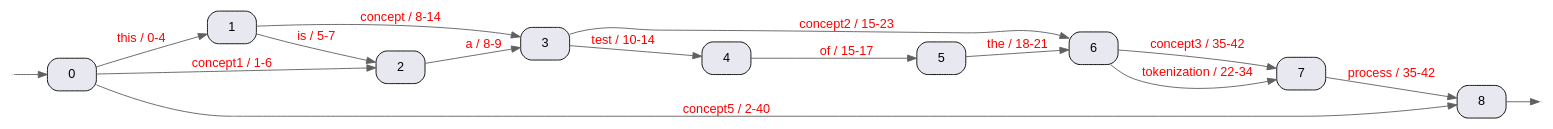
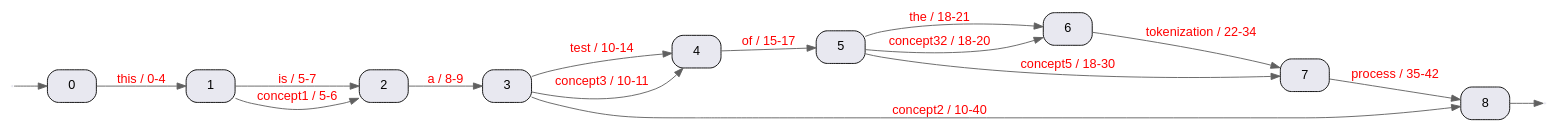
Before and after one commit to structs-nl/AnnotateFilter: the diagram in graph.dot, drawn with Graphviz. The commit also changed 5 other files, not shown here.

```diff
--- a/graph.dot
+++ b/graph.dot
@@ -1,33 +1,33 @@
 digraph tokens {
   graph [ fontsize=30 labelloc="t" label="" splines=true overlap=false rankdir = "LR" ];
   // A2 paper size
   size = "34.4,16.5";
   edge [ fontname="Helvetica" fontcolor="red" color="#606060" ]
   node [ style="filled" fillcolor="#e8e8f0" shape="Mrecord" fontname="Helvetica" ]
 
   0 [label="0"]
   -1 [shape=point color=white]
   -1 -> 0 []
   0 -> 1 [ label="this / 0-4"]
-  0 -> 2 [ label="concept1 / 1-6"]
-  0 -> 8 [ label="concept5 / 2-40"]
   1 [label="1"]
   1 -> 2 [ label="is / 5-7"]
-  1 -> 3 [ label="concept / 8-14"]
+  1 -> 2 [ label="concept1 / 5-6"]
   2 [label="2"]
   2 -> 3 [ label="a / 8-9"]
   3 [label="3"]
   3 -> 4 [ label="test / 10-14"]
-  3 -> 6 [ label="concept2 / 15-23"]
+  3 -> 4 [ label="concept3 / 10-11"]
+  3 -> 8 [ label="concept2 / 10-40"]
   4 [label="4"]
   4 -> 5 [ label="of / 15-17"]
   5 [label="5"]
   5 -> 6 [ label="the / 18-21"]
+  5 -> 6 [ label="concept32 / 18-20"]
+  5 -> 7 [ label="concept5 / 18-30"]
   6 [label="6"]
   6 -> 7 [ label="tokenization / 22-34"]
-  6 -> 7 [ label="concept3 / 35-42"]
   7 [label="7"]
   7 -> 8 [ label="process / 35-42"]
   -2 [shape=point color=white]
   8 -> -2 []
 }
```
